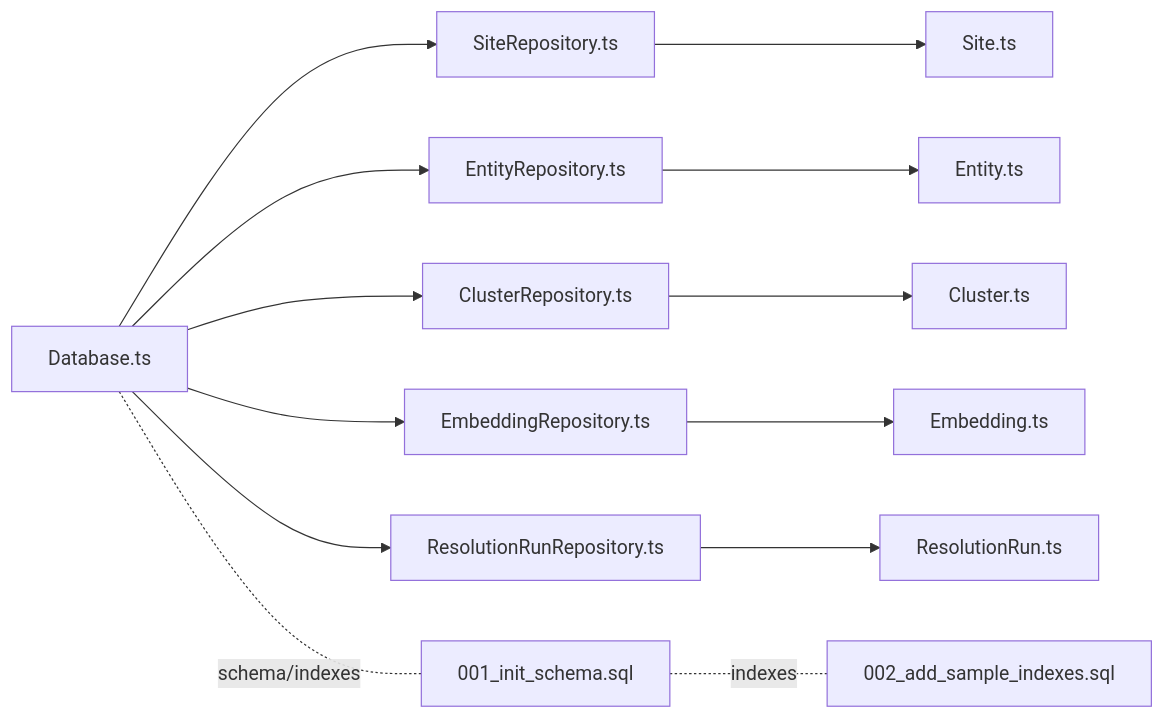
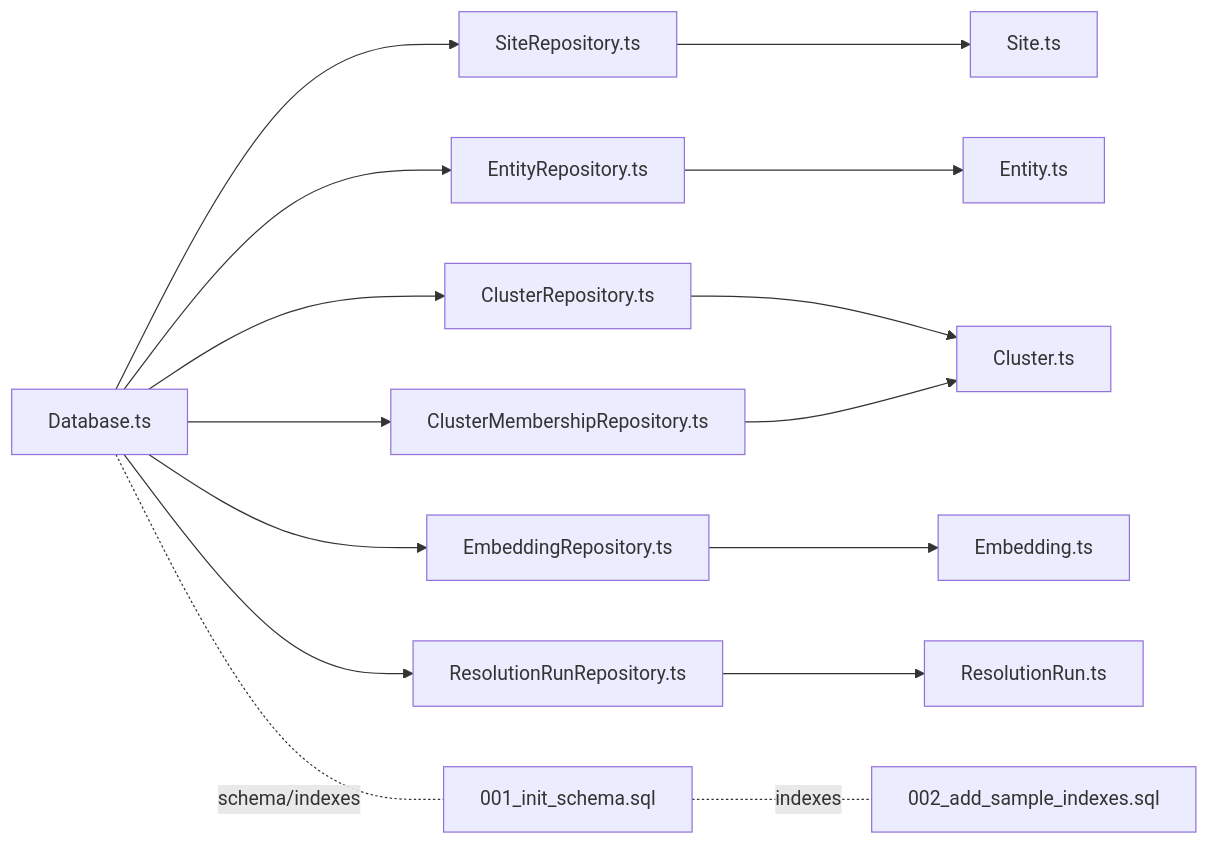
One commit to vishnusaibhosekar/ares changed the tenth of 10 diagrams in .qoder/repowiki/en/content/Repository Layer/Repository Layer.md. Above: the diagram before and after it, drawn with Mermaid. The commit also changed other lines of this file and 12 other files, not shown here.

````diff
--- a/.qoder/repowiki/en/content/Repository Layer/Repository Layer.md
+++ b/.qoder/repowiki/en/content/Repository Layer/Repository Layer.md
@@ -432,15 +460,17 @@
 ```mermaid
 graph LR
 DB["Database.ts"] --> SR["SiteRepository.ts"]
 DB --> ER["EntityRepository.ts"]
 DB --> CR["ClusterRepository.ts"]
+DB --> CMR["ClusterMembershipRepository.ts"]
 DB --> EmbR["EmbeddingRepository.ts"]
 DB --> RR["ResolutionRunRepository.ts"]
 SR --> SiteM["Site.ts"]
 ER --> EntityM["Entity.ts"]
 CR --> ClusterM["Cluster.ts"]
+CMR --> ClusterM["Cluster.ts"]
 EmbR --> EmbeddingM["Embedding.ts"]
 RR --> RunM["ResolutionRun.ts"]
 DB -. "schema/indexes" .- Mig["001_init_schema.sql"]
 Mig -. "indexes" .- IDX["002_add_sample_indexes.sql"]
 ```
````
